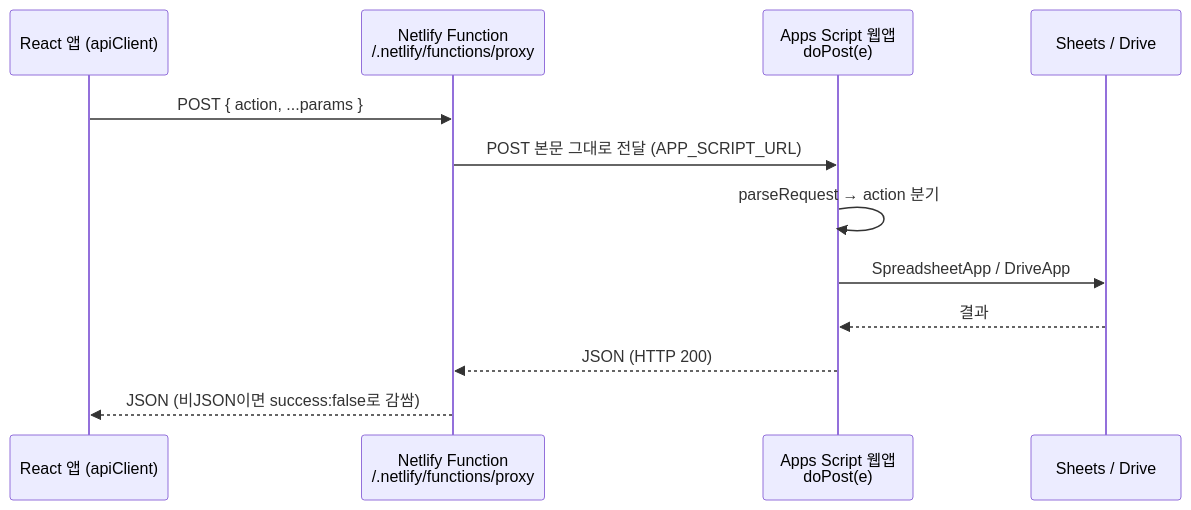
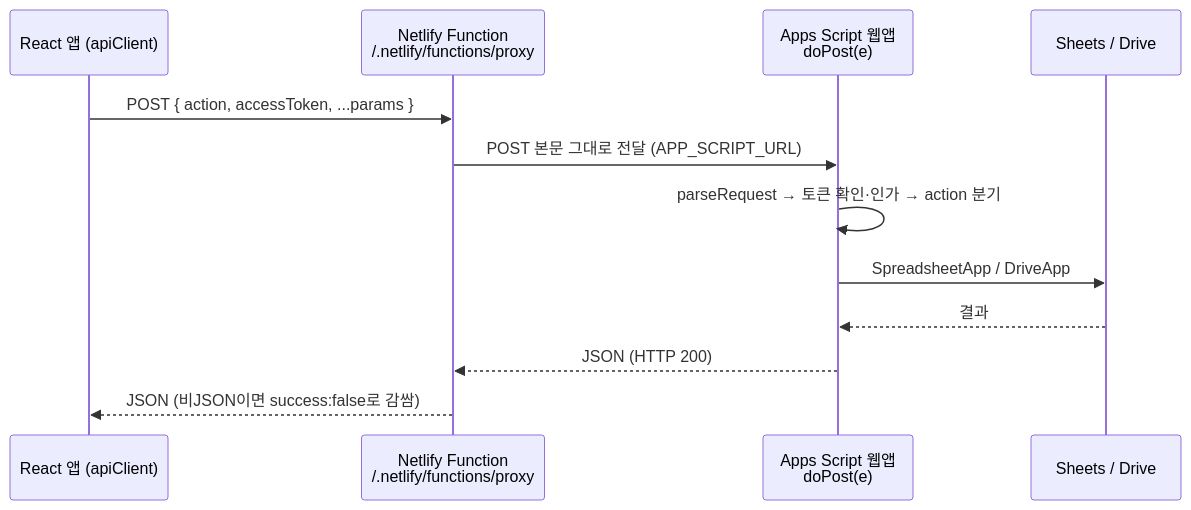
One commit to semicolon213/hot_potato_remake changed the diagram in docs/API_SPEC.md. Above: the diagram before and after it, drawn with Mermaid. The commit also changed other lines of this file and 14 other files, not shown here.

````diff
--- a/docs/API_SPEC.md
+++ b/docs/API_SPEC.md
@@ -10,15 +10,15 @@
 ```mermaid
 sequenceDiagram
     participant C as React 앱 (apiClient)
     participant P as Netlify Function<br/>/.netlify/functions/proxy
     participant G as Apps Script 웹앱<br/>doPost(e)
     participant S as Sheets / Drive
 
-    C->>P: POST { action, ...params }
+    C->>P: POST { action, accessToken, ...params }
     P->>G: POST 본문 그대로 전달 (APP_SCRIPT_URL)
-    G->>G: parseRequest → action 분기
+    G->>G: parseRequest → 토큰 확인·인가 → action 분기
     G->>S: SpreadsheetApp / DriveApp
     S-->>G: 결과
     G-->>P: JSON (HTTP 200)
     P-->>C: JSON (비JSON이면 success:false로 감쌈)
 ```
````
